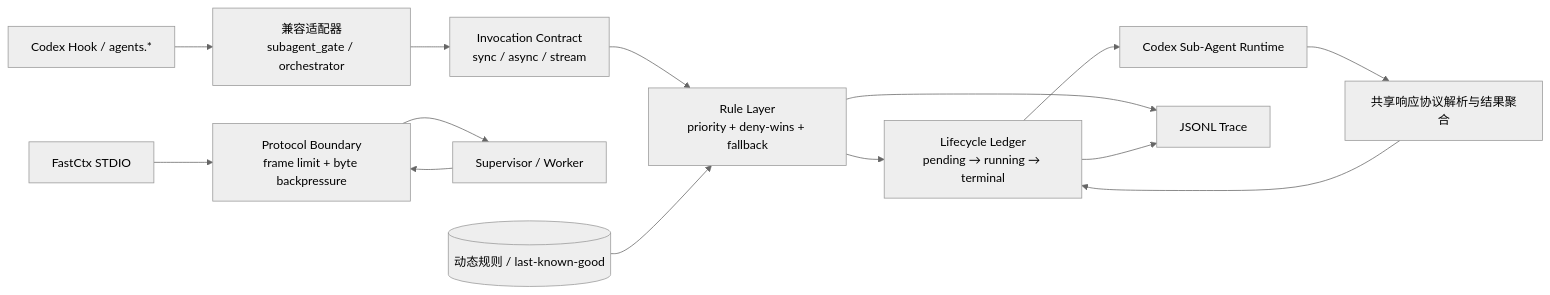
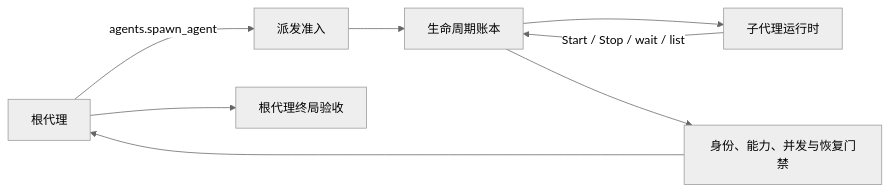
Before and after one commit to RerrentLinden/codey: the diagram in INTERNAL_DEVELOPMENT.md, drawn with Mermaid (neutral theme). The commit also changed other lines of this file and 16 other files, not shown here.

````diff
--- a/INTERNAL_DEVELOPMENT.md
+++ b/INTERNAL_DEVELOPMENT.md
@@ -266,16 +241,10 @@
 ```mermaid
 flowchart LR
-    H[Codex Hook / agents.*] --> A[兼容适配器\nsubagent_gate / orchestrator]
-    A --> C[Invocation Contract\nsync / async / stream]
-    C --> R[Rule Layer\npriority + deny-wins + fallback]
-    R --> L[Lifecycle Ledger\npending → running → terminal]
-    L --> X[Codex Sub-Agent Runtime]
-    X --> P[共享响应协议解析与结果聚合]
-    P --> L
-    R --> T[JSONL Trace]
-    L --> T
-    F[FastCtx STDIO] --> B[Protocol Boundary\nframe limit + byte backpressure]
-    B --> S[Supervisor / Worker]
-    S --> B
-    D[(动态规则 / last-known-good)] --> R
+    R[根代理] -->|agents.spawn_agent| A[派发准入]
+    A --> L[生命周期账本]
+    L --> C[子代理运行时]
+    C -->|Start / Stop / wait / list| L
+    L --> G[身份、能力、并发与恢复门禁]
+    G --> R
+    R --> V[根代理终局验收]
 ```
````
